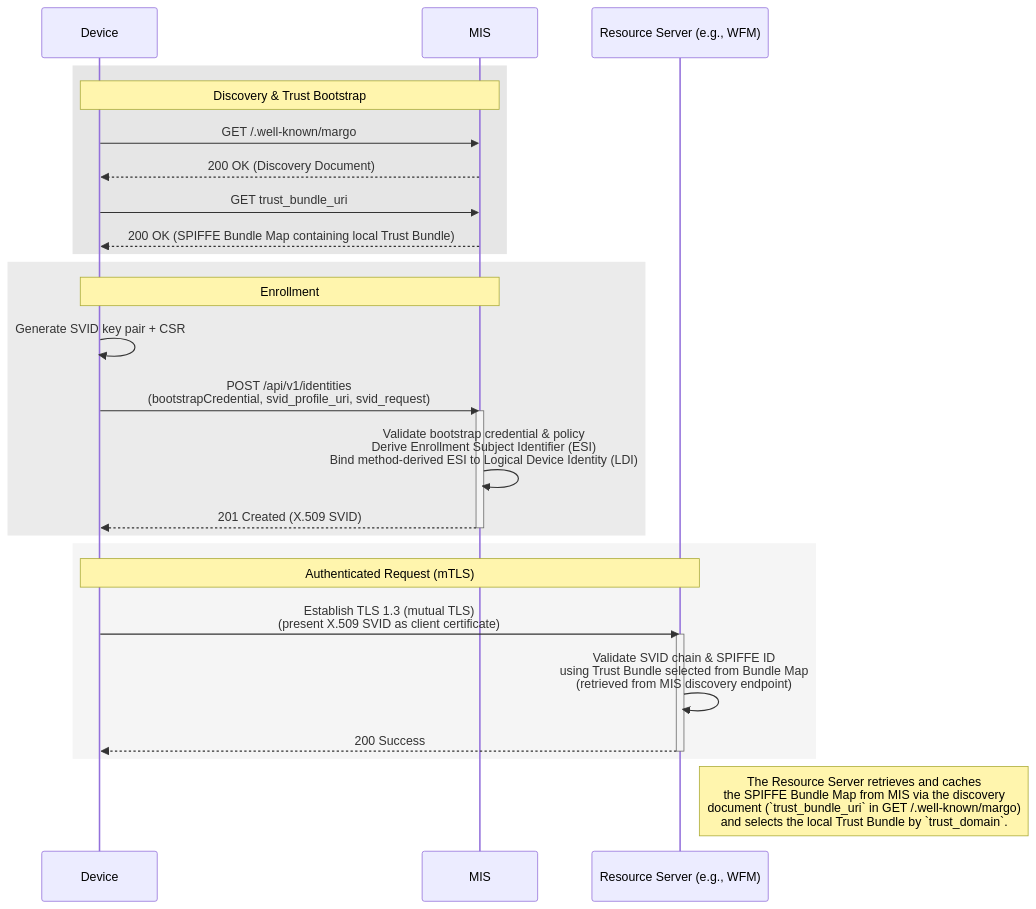
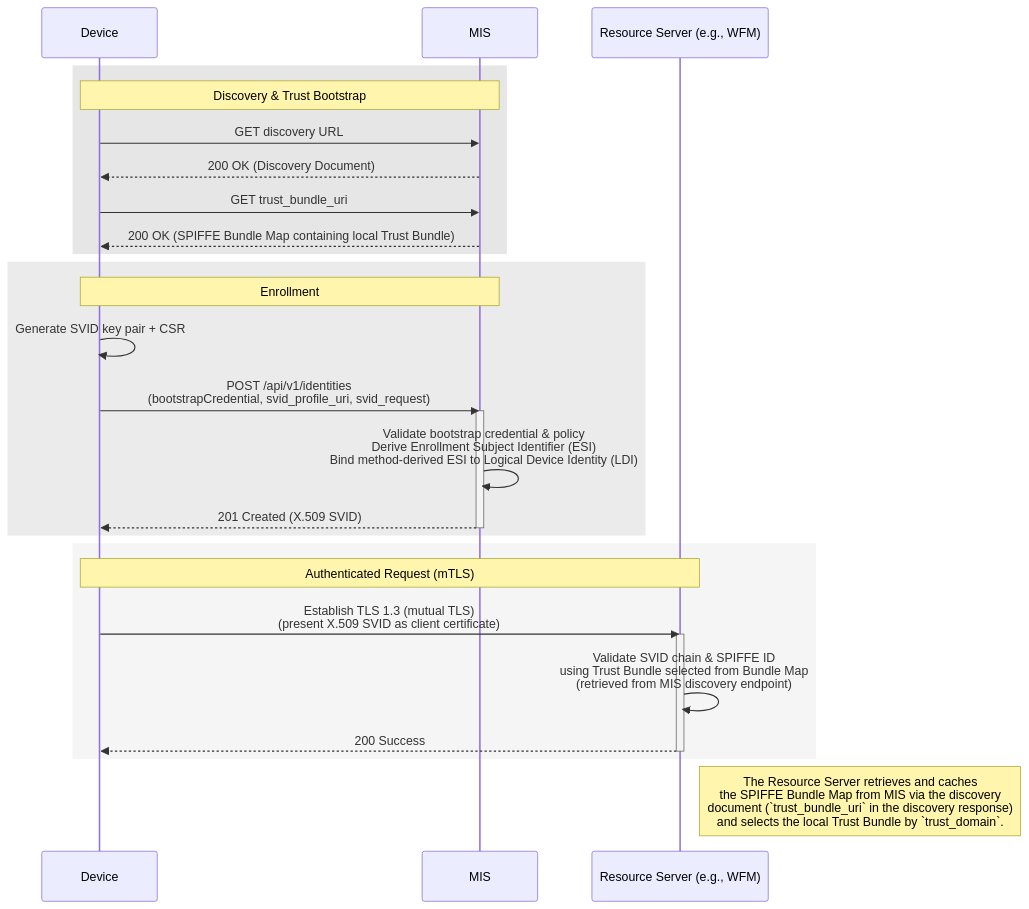
Before and after one commit to margo/specification-enhancements: the first of 8 diagrams in proposals/margo-identity-and-authorization-framework.md, drawn with Mermaid. The commit also changed other lines of this file, not shown here.

First line of the commit message:
docs: make discovery more flexible

````diff
--- a/proposals/margo-identity-and-authorization-framework.md
+++ b/proposals/margo-identity-and-authorization-framework.md
@@ -1560,35 +1562,35 @@
 ```mermaid
 sequenceDiagram
     participant Device
     participant MIS
     participant RS as Resource Server (e.g., WFM)
 
     rect rgb(230,230,230)
         note over Device,MIS: Discovery & Trust Bootstrap
-        Device->>MIS: GET /.well-known/margo
+        Device->>MIS: GET discovery URL
         MIS-->>Device: 200 OK (Discovery Document)
         Device->>MIS: GET trust_bundle_uri
         MIS-->>Device: 200 OK (SPIFFE Bundle Map containing local Trust Bundle)
     end
 
     rect rgb(235,235,235)
         note over Device,MIS: Enrollment
         Device->>Device: Generate SVID key pair + CSR
         Device->>MIS: POST /api/v1/identities<br/>(bootstrapCredential, svid_profile_uri, svid_request)
         activate MIS
       MIS->>MIS: Validate bootstrap credential & policy<br/>Derive Enrollment Subject Identifier (ESI)<br/>Bind method-derived ESI to Logical Device Identity (LDI)
         MIS-->>Device: 201 Created (X.509 SVID)
         deactivate MIS
     end
 
     rect rgb(245,245,245)
         note over Device,RS: Authenticated Request (mTLS)
         Device->>RS: Establish TLS 1.3 (mutual TLS)<br/>(present X.509 SVID as client certificate)
         activate RS
         RS->>RS: Validate SVID chain & SPIFFE ID<br/>using Trust Bundle selected from Bundle Map<br/>(retrieved from MIS discovery endpoint)
         RS-->>Device: 200 Success
         deactivate RS
     end
 
-      note right of RS: The Resource Server retrieves and caches<br/>the SPIFFE Bundle Map from MIS via the discovery<br/>document (`trust_bundle_uri` in GET /.well-known/margo)<br/>and selects the local Trust Bundle by `trust_domain`.
+      note right of RS: The Resource Server retrieves and caches<br/>the SPIFFE Bundle Map from MIS via the discovery<br/>document (`trust_bundle_uri` in the discovery response)<br/>and selects the local Trust Bundle by `trust_domain`.
 ```
````
